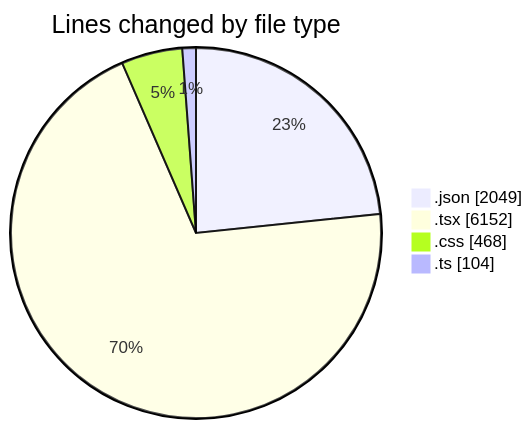
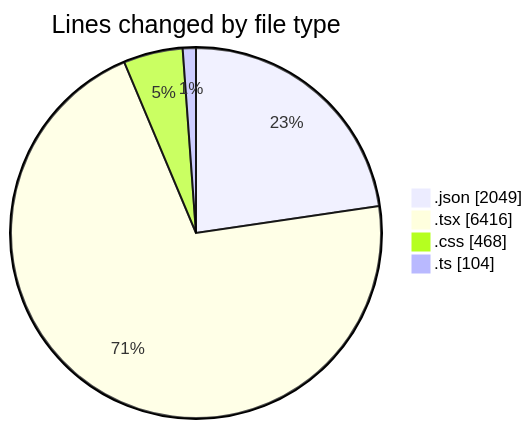
Before and after one commit to EIIisD/code-tracking: the first of 2 diagrams in 2025-08-14/ribbon/README.md, drawn with Mermaid. The commit also changed other lines of this file and 1 other file, not shown here.

````diff
--- a/2025-08-14/ribbon/README.md
+++ b/2025-08-14/ribbon/README.md
@@ -29,8 +29,8 @@
 ```mermaid
 pie showData
 title Lines changed by file type
 ".json" : 2049
-".tsx" : 6152
+".tsx" : 6416
 ".css" : 468
 ".ts" : 104
 ```
````
